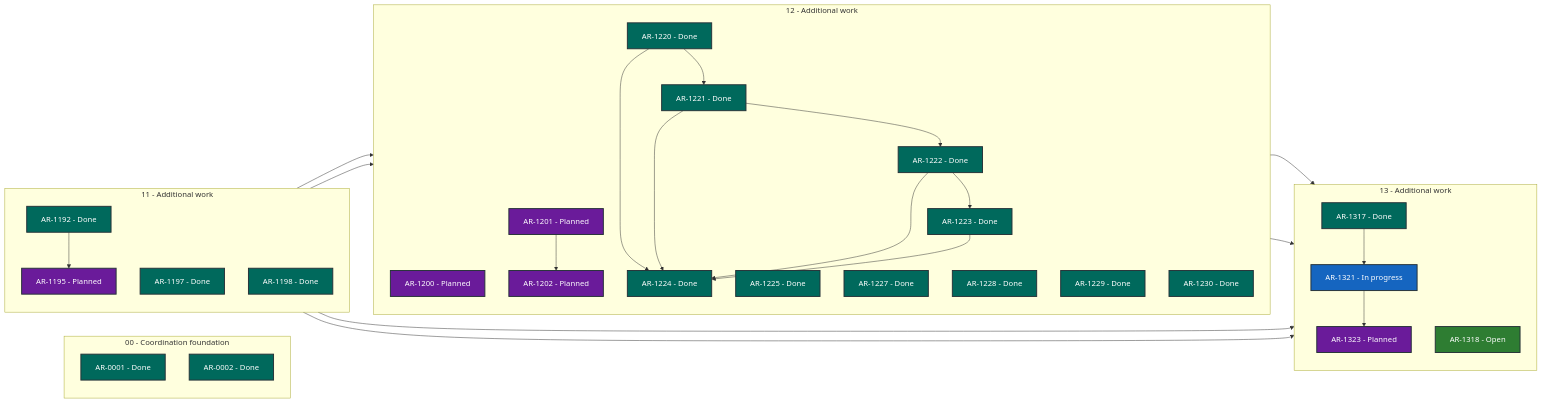
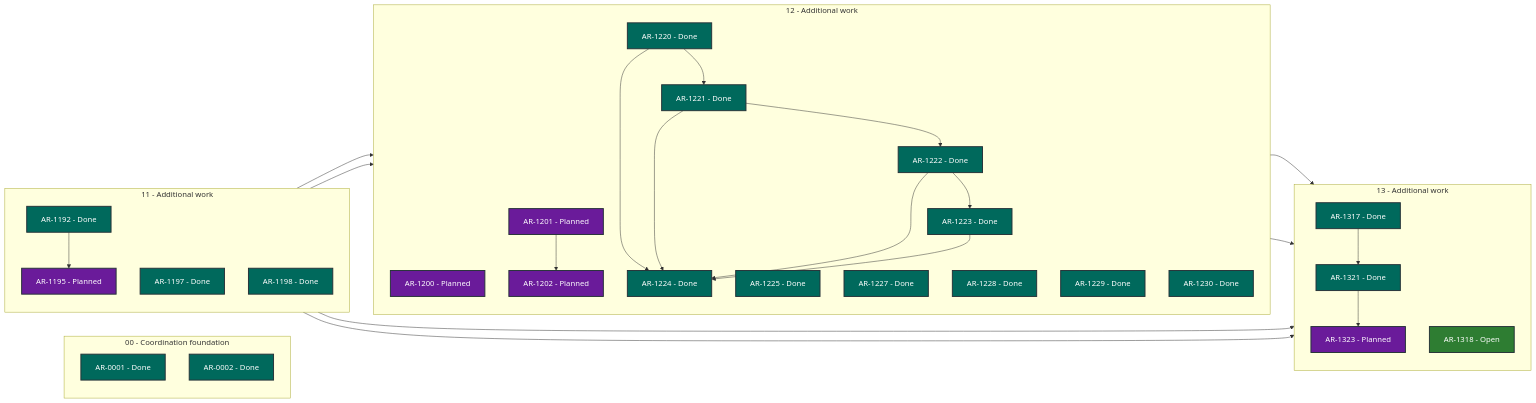
Before and after one commit to martin-beck/asb-tui-state: the diagram in STATUS.md, drawn with Mermaid. The commit also changed other lines of this file and 2 other files, not shown here.

````diff
--- a/STATUS.md
+++ b/STATUS.md
@@ -27,63 +27,63 @@
 ```mermaid
 flowchart LR
     subgraph series_00["00 - Coordination foundation"]
         direction TB
         AR_0001["AR-0001 - Done"]:::status_done
         AR_0002["AR-0002 - Done"]:::status_done
     end
     subgraph series_11["11 - Additional work"]
         direction TB
         AR_1192["AR-1192 - Done"]:::status_done
         AR_1195["AR-1195 - Planned"]:::status_planned
         AR_1197["AR-1197 - Done"]:::status_done
         AR_1198["AR-1198 - Done"]:::status_done
     end
     subgraph series_12["12 - Additional work"]
         direction TB
         AR_1200["AR-1200 - Planned"]:::status_planned
         AR_1201["AR-1201 - Planned"]:::status_planned
         AR_1202["AR-1202 - Planned"]:::status_planned
         AR_1220["AR-1220 - Done"]:::status_done
         AR_1221["AR-1221 - Done"]:::status_done
         AR_1222["AR-1222 - Done"]:::status_done
         AR_1223["AR-1223 - Done"]:::status_done
         AR_1224["AR-1224 - Done"]:::status_done
         AR_1225["AR-1225 - Done"]:::status_done
         AR_1227["AR-1227 - Done"]:::status_done
         AR_1228["AR-1228 - Done"]:::status_done
         AR_1229["AR-1229 - Done"]:::status_done
         AR_1230["AR-1230 - Done"]:::status_done
     end
     subgraph series_13["13 - Additional work"]
         direction TB
         AR_1317["AR-1317 - Done"]:::status_done
         AR_1318["AR-1318 - Open"]:::status_open
-        AR_1321["AR-1321 - In progress"]:::status_in_progress
+        AR_1321["AR-1321 - Done"]:::status_done
         AR_1323["AR-1323 - Planned"]:::status_planned
     end
     AR_1192 --> AR_1195
     AR_1192 --> AR_1317
     AR_1195 --> AR_1200
     AR_1197 --> AR_1201
     AR_1197 --> AR_1317
     AR_1201 --> AR_1202
     AR_1220 --> AR_1221
     AR_1220 --> AR_1224
     AR_1221 --> AR_1222
     AR_1221 --> AR_1224
     AR_1222 --> AR_1223
     AR_1222 --> AR_1224
     AR_1223 --> AR_1224
     AR_1228 --> AR_1317
     AR_1229 --> AR_1317
     AR_1317 --> AR_1321
     AR_1321 --> AR_1323
     classDef status_in_progress fill:#1565c0,color:#ffffff,stroke:#263238,stroke-width:2px
     classDef status_open fill:#2e7d32,color:#ffffff,stroke:#263238,stroke-width:2px
     classDef status_blocked fill:#c62828,color:#ffffff,stroke:#263238,stroke-width:2px
     classDef status_planned fill:#6a1b9a,color:#ffffff,stroke:#263238,stroke-width:2px
     classDef status_future fill:#455a64,color:#ffffff,stroke:#263238,stroke-width:2px
     classDef status_done fill:#00695c,color:#ffffff,stroke:#263238,stroke-width:2px
     classDef status_cancelled fill:#616161,color:#ffffff,stroke:#263238,stroke-width:2px
     classDef status_superseded fill:#5d4037,color:#ffffff,stroke:#263238,stroke-width:2px
 ```
````
